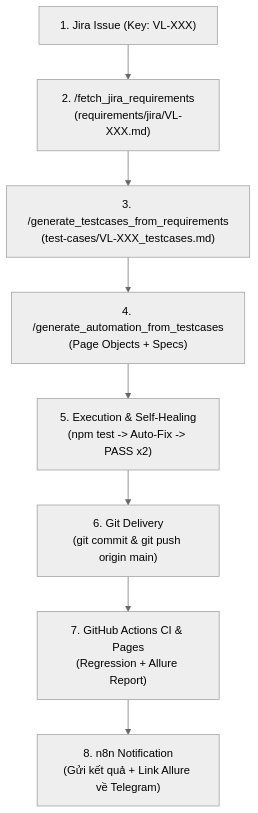
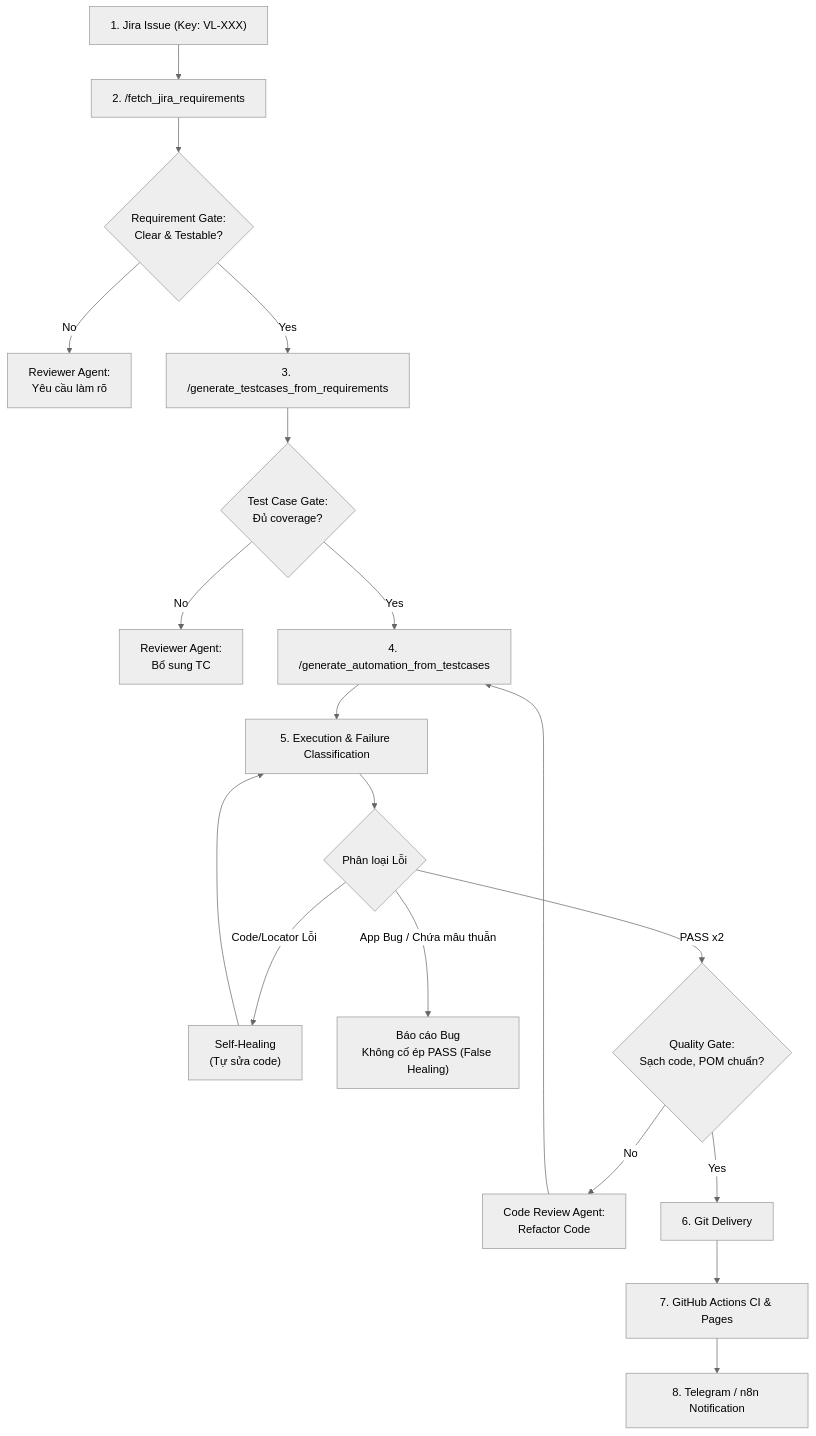
Before and after one commit to Khoi67/ai-automation-test: the diagram in .agent/workflows/e2e_jira_to_automation.md, drawn with Mermaid (neutral theme). The commit also changed other lines of this file and 6 other files, not shown here.

Commit message:
feat(test): implement automated tests for Jira SCRUM-7

````diff
--- a/.agent/workflows/e2e_jira_to_automation.md
+++ b/.agent/workflows/e2e_jira_to_automation.md
@@ -17,10 +17,28 @@
 ```mermaid
 flowchart TD
-    A["1. Jira Issue (Key: VL-XXX)"] --> B["2. /fetch_jira_requirements\n(requirements/jira/VL-XXX.md)"]
-    B --> C["3. /generate_testcases_from_requirements\n(test-cases/VL-XXX_testcases.md)"]
-    C --> D["4. /generate_automation_from_testcases\n(Page Objects + Specs)"]
-    D --> E["5. Execution & Self-Healing\n(npm test -> Auto-Fix -> PASS x2)"]
-    E --> F["6. Git Delivery\n(git commit & git push origin main)"]
-    F --> G["7. GitHub Actions CI & Pages\n(Regression + Allure Report)"]
-    G --> H["8. n8n Notification\n(Gửi kết quả + Link Allure về Telegram)"]
+    A["1. Jira Issue (Key: VL-XXX)"] --> B["2. /fetch_jira_requirements"]
+    B --> G1{"Requirement Gate:\nClear & Testable?"}
+    G1 -- No --> R1["Reviewer Agent:\nYêu cầu làm rõ"]
+    G1 -- Yes --> C["3. /generate_testcases_from_requirements"]
+    
+    C --> G2{"Test Case Gate:\nĐủ coverage?"}
+    G2 -- No --> R2["Reviewer Agent:\nBổ sung TC"]
+    G2 -- Yes --> D["4. /generate_automation_from_testcases"]
+    
+    D --> E["5. Execution & Failure Classification"]
+    E --> F_Class{"Phân loại Lỗi"}
+    
+    F_Class -- "Code/Locator Lỗi" --> AutoFix["Self-Healing\n(Tự sửa code)"]
+    AutoFix --> E
+    
+    F_Class -- "App Bug / Chứa mâu thuẫn" --> Bug["Báo cáo Bug\nKhông cố ép PASS (False Healing)"]
+    
+    F_Class -- "PASS x2" --> G3{"Quality Gate:\nSạch code, POM chuẩn?"}
+    
+    G3 -- No --> R3["Code Review Agent:\nRefactor Code"]
+    R3 --> D
+    
+    G3 -- Yes --> F["6. Git Delivery"]
+    F --> G["7. GitHub Actions CI & Pages"]
+    G --> H["8. Telegram / n8n Notification"]
 ```
````
